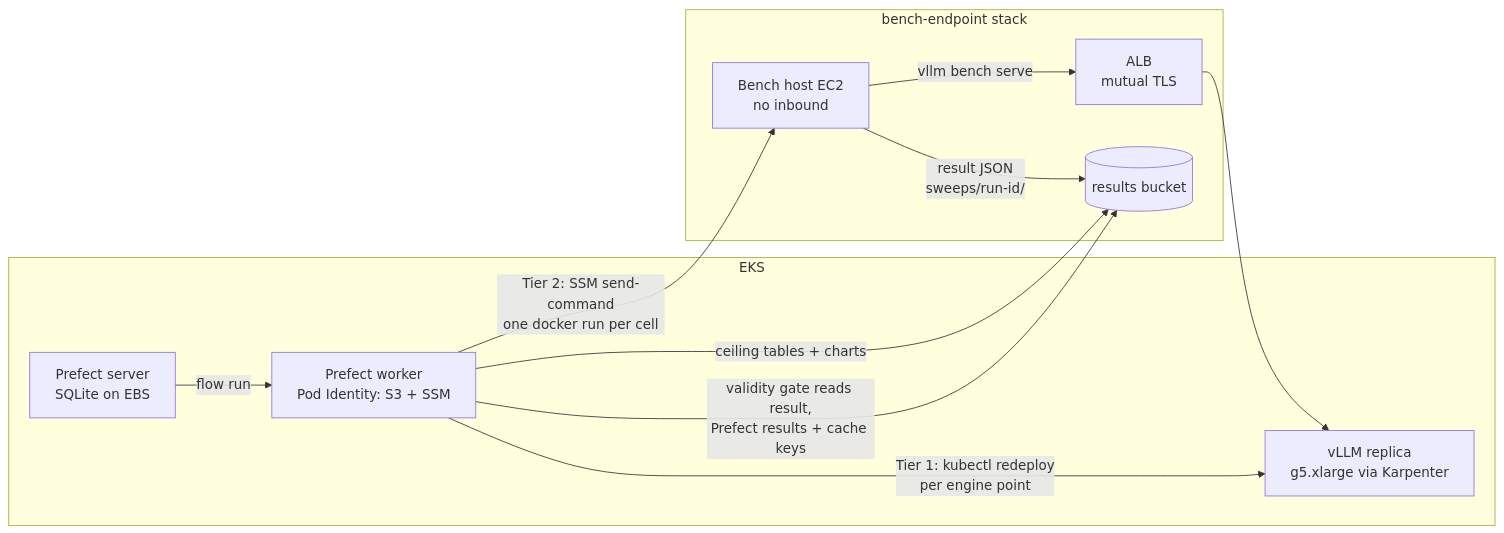
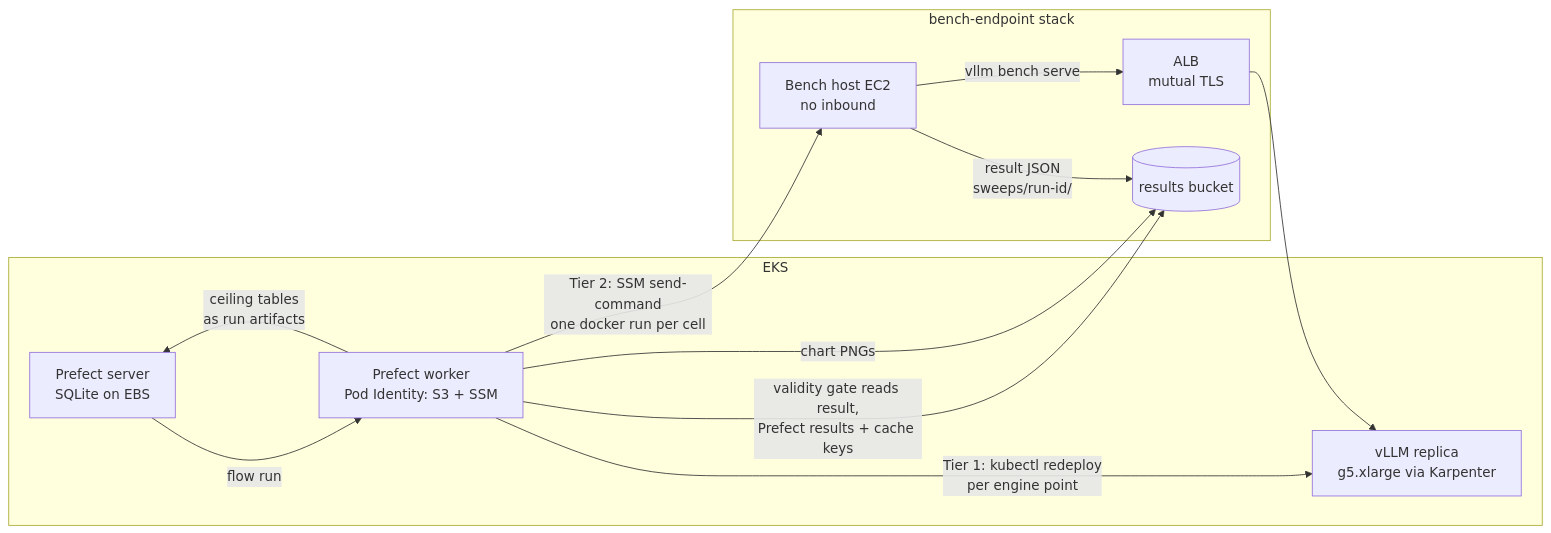
The second of 2 diagrams in docs/architecture.md (pvardanis/slipstream), drawn with Mermaid before and after one commit. The commit also changed other lines of this file and 2 other files, not shown here.

````diff
--- a/docs/architecture.md
+++ b/docs/architecture.md
@@ -57,22 +58,23 @@
 ```mermaid
 flowchart LR
     subgraph eks[EKS]
         ps[Prefect server<br/>SQLite on EBS]
         pw[Prefect worker<br/>Pod Identity: S3 + SSM]
         vllm[vLLM replica<br/>g5.xlarge via Karpenter]
     end
 
     subgraph endpoint[bench-endpoint stack]
         alb[ALB<br/>mutual TLS]
         host[Bench host EC2<br/>no inbound]
         s3[(results bucket)]
     end
 
     ps -- flow run --> pw
     pw -- "Tier 1: kubectl redeploy<br/>per engine point" --> vllm
     pw -- "Tier 2: SSM send-command<br/>one docker run per cell" --> host
     host -- vllm bench serve --> alb --> vllm
     host -- result JSON<br/>sweeps/run-id/ --> s3
     pw -- validity gate reads result,<br/>Prefect results + cache keys --> s3
-    pw -- ceiling tables + charts --> s3
+    pw -- chart PNGs --> s3
+    pw -- ceiling tables<br/>as run artifacts --> ps
 ```
````
